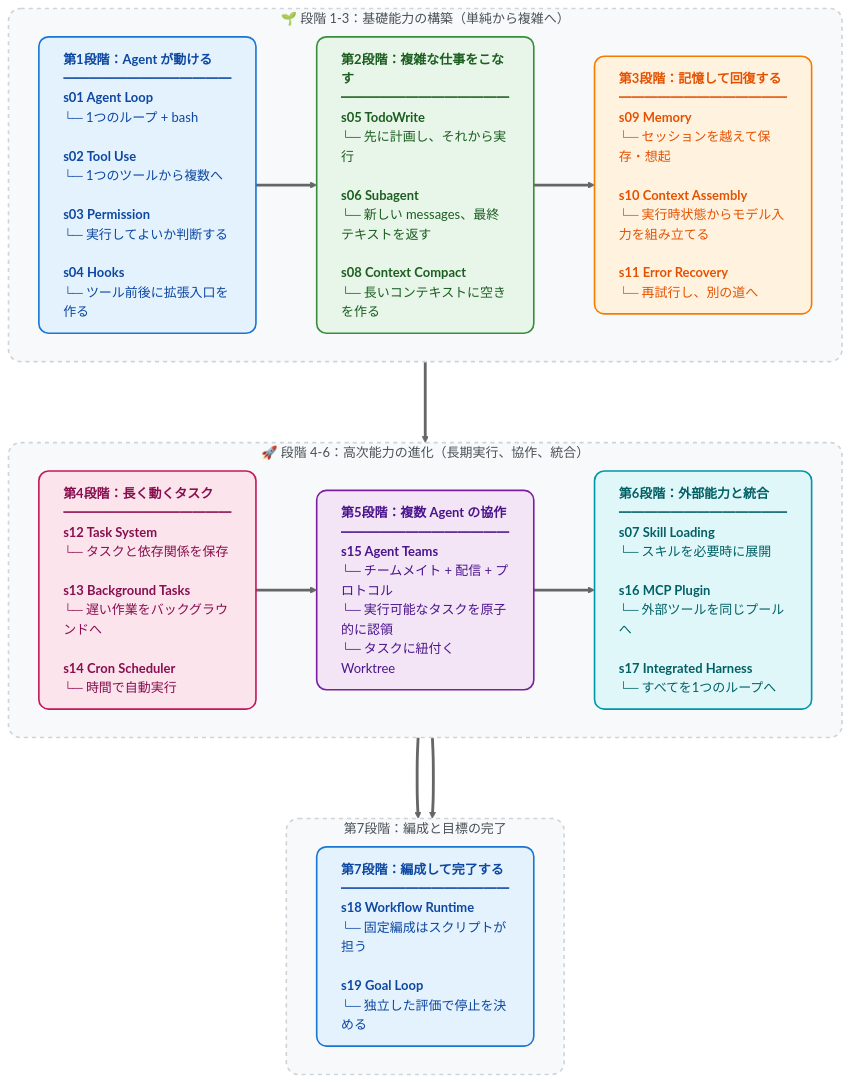
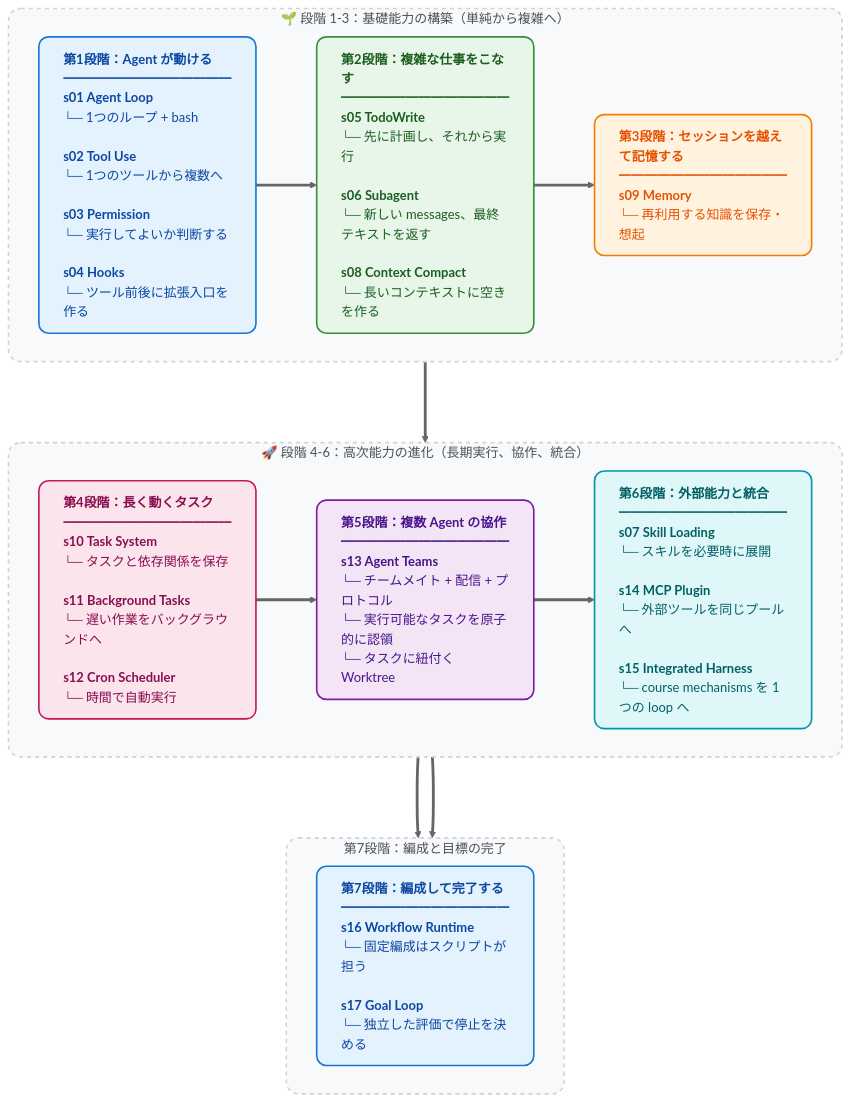
Before and after one commit to snake-fan/learn-claude-code: the diagram in README-ja.md, drawn with Mermaid (neutral theme). The commit also changed other lines of this file and 312 other files, not shown here.

````diff
--- a/README-ja.md
+++ b/README-ja.md
@@ -302,49 +298,49 @@
 ```mermaid
 flowchart TD
     %% カードスタイル
     classDef stage1 fill:#E3F2FD,stroke:#1976D2,stroke-width:2px,color:#0D47A1,rx:12,ry:12,text-align:left
     classDef stage2 fill:#E8F5E9,stroke:#388E3C,stroke-width:2px,color:#1B5E20,rx:12,ry:12,text-align:left
     classDef stage3 fill:#FFF3E0,stroke:#F57C00,stroke-width:2px,color:#E65100,rx:12,ry:12,text-align:left
     classDef stage4 fill:#FCE4EC,stroke:#C2185b,stroke-width:2px,color:#880E4F,rx:12,ry:12,text-align:left
     classDef stage5 fill:#F3E5F5,stroke:#7B1FA2,stroke-width:2px,color:#4A148C,rx:12,ry:12,text-align:left
     classDef stage6 fill:#E0F7FA,stroke:#0097A7,stroke-width:2px,color:#006064,rx:12,ry:12,text-align:left
 
     %% 背景スタイル
     classDef groupBox fill:#F8F9FA,stroke:#CED4DA,stroke-width:2px,stroke-dasharray: 5 5,rx:15,ry:15,color:#495057
 
     %% 第1層：1-3段階
     subgraph Phase1 ["🌱 段階 1-3：基礎能力の構築（単純から複雑へ）"]
         direction LR
         S1["<b>第1段階：Agent が動ける</b><br/>━━━━━━━━━━━━━<br/><b>s01 Agent Loop</b><br/>└─ 1つのループ + bash<br/><br/><b>s02 Tool Use</b><br/>└─ 1つのツールから複数へ<br/><br/><b>s03 Permission</b><br/>└─ 実行してよいか判断する<br/><br/><b>s04 Hooks</b><br/>└─ ツール前後に拡張入口を作る"]:::stage1
 
         S2["<b>第2段階：複雑な仕事をこなす</b><br/>━━━━━━━━━━━━━<br/><b>s05 TodoWrite</b><br/>└─ 先に計画し、それから実行<br/><br/><b>s06 Subagent</b><br/>└─ 新しい messages、最終テキストを返す<br/><br/><b>s08 Context Compact</b><br/>└─ 長いコンテキストに空きを作る"]:::stage2
 
-        S3["<b>第3段階：記憶して回復する</b><br/>━━━━━━━━━━━━━<br/><b>s09 Memory</b><br/>└─ セッションを越えて保存・想起<br/><br/><b>s10 Context Assembly</b><br/>└─ 実行時状態からモデル入力を組み立てる<br/><br/><b>s11 Error Recovery</b><br/>└─ 再試行し、別の道へ"]:::stage3
+        S3["<b>第3段階：セッションを越えて記憶する</b><br/>━━━━━━━━━━━━━<br/><b>s09 Memory</b><br/>└─ 再利用する知識を保存・想起"]:::stage3
 
         S1 ==> S2 ==> S3
     end
 
     %% 第2層：4-6段階
     subgraph Phase2 ["🚀 段階 4-6：高次能力の進化（長期実行、協作、統合）"]
         direction LR
-        S4["<b>第4段階：長く動くタスク</b><br/>━━━━━━━━━━━━━<br/><b>s12 Task System</b><br/>└─ タスクと依存関係を保存<br/><br/><b>s13 Background Tasks</b><br/>└─ 遅い作業をバックグラウンドへ<br/><br/><b>s14 Cron Scheduler</b><br/>└─ 時間で自動実行"]:::stage4
+        S4["<b>第4段階：長く動くタスク</b><br/>━━━━━━━━━━━━━<br/><b>s10 Task System</b><br/>└─ タスクと依存関係を保存<br/><br/><b>s11 Background Tasks</b><br/>└─ 遅い作業をバックグラウンドへ<br/><br/><b>s12 Cron Scheduler</b><br/>└─ 時間で自動実行"]:::stage4
 
-        S5["<b>第5段階：複数 Agent の協作</b><br/>━━━━━━━━━━━━━<br/><b>s15 Agent Teams</b><br/>└─ チームメイト + 配信 + プロトコル<br/>└─ 実行可能なタスクを原子的に認領<br/>└─ タスクに紐付く Worktree"]:::stage5
+        S5["<b>第5段階：複数 Agent の協作</b><br/>━━━━━━━━━━━━━<br/><b>s13 Agent Teams</b><br/>└─ チームメイト + 配信 + プロトコル<br/>└─ 実行可能なタスクを原子的に認領<br/>└─ タスクに紐付く Worktree"]:::stage5
 
-        S6["<b>第6段階：外部能力と統合</b><br/>━━━━━━━━━━━━━<br/><b>s07 Skill Loading</b><br/>└─ スキルを必要時に展開<br/><br/><b>s16 MCP Plugin</b><br/>└─ 外部ツールを同じプールへ<br/><br/><b>s17 Integrated Harness</b><br/>└─ すべてを1つのループへ"]:::stage6
+        S6["<b>第6段階：外部能力と統合</b><br/>━━━━━━━━━━━━━<br/><b>s07 Skill Loading</b><br/>└─ スキルを必要時に展開<br/><br/><b>s14 MCP Plugin</b><br/>└─ 外部ツールを同じプールへ<br/><br/><b>s15 Integrated Harness</b><br/>└─ course mechanisms を 1 つの loop へ"]:::stage6
 
         S4 ==> S5 ==> S6
     end
 
     %% 第3層：編成と目標の完了
     subgraph Phase3 ["第7段階：編成と目標の完了"]
         direction LR
-        S7["<b>第7段階：編成して完了する</b><br/>━━━━━━━━━━━━━<br/><b>s18 Workflow Runtime</b><br/>└─ 固定編成はスクリプトが担う<br/><br/><b>s19 Goal Loop</b><br/>└─ 独立した評価で停止を決める"]:::stage1
+        S7["<b>第7段階：編成して完了する</b><br/>━━━━━━━━━━━━━<br/><b>s16 Workflow Runtime</b><br/>└─ 固定編成はスクリプトが担う<br/><br/><b>s17 Goal Loop</b><br/>└─ 独立した評価で停止を決める"]:::stage1
         S6 ==> S7
     end
 
     %% 3つの層を接続
     Phase1 ===> Phase2 ===> Phase3
 
     class Phase1,Phase2,Phase3 groupBox
 ```
````
